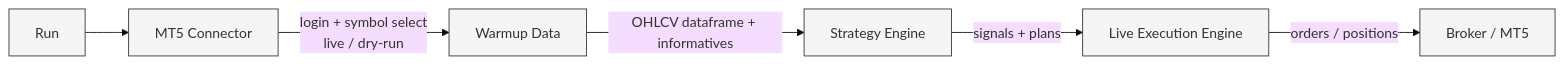
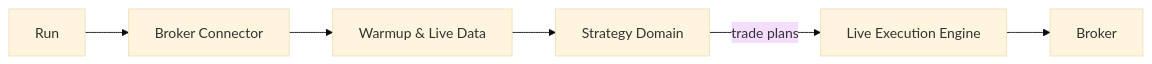
Before and after one commit to folg-code/PandasQuantLab: the second of 5 diagrams in readme.md, drawn with Mermaid (base theme). The commit also changed other lines of this file and 11 other files, not shown here.

````diff
--- a/readme.md
+++ b/readme.md
@@ -31,10 +30,8 @@
 ```mermaid
 flowchart LR
-  A[Run]:::layer --> M[MT5 Connector]:::layer
-  M -->|login + symbol select<br/>live / dry-run| W[Warmup Data]:::layer
-  W -->|OHLCV dataframe + informatives| S[Strategy Engine]:::layer
-  S -->|signals + plans| E[Live Execution Engine]:::layer
-  E -->|orders / positions| B[Broker / MT5]:::layer
-
-  classDef layer fill:#f5f5f5,stroke:#333,stroke-width:1px;
+  A[Run] --> M[Broker Connector]
+  M --> W[Warmup & Live Data]
+  W --> S[Strategy Domain]
+  S -->|trade plans| E[Live Execution Engine]
+  E --> B[Broker]
 ```
````
